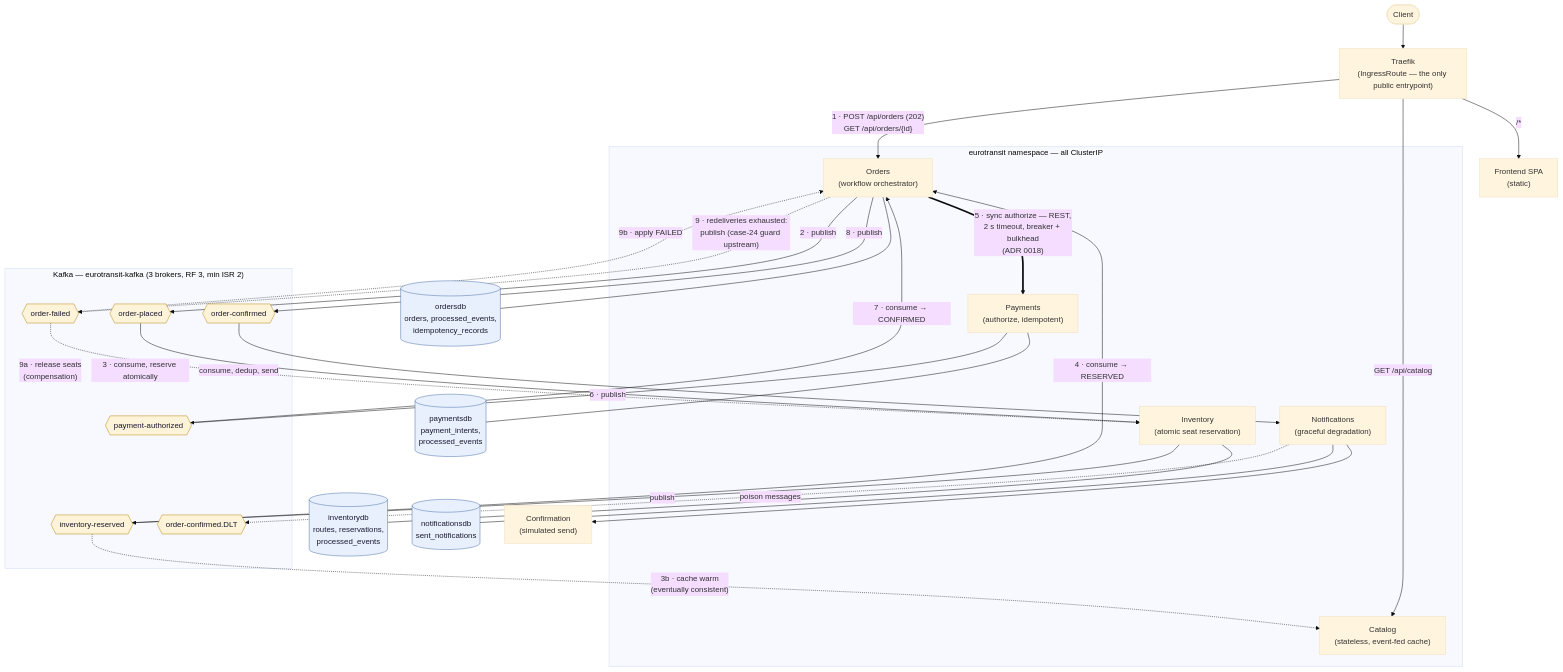
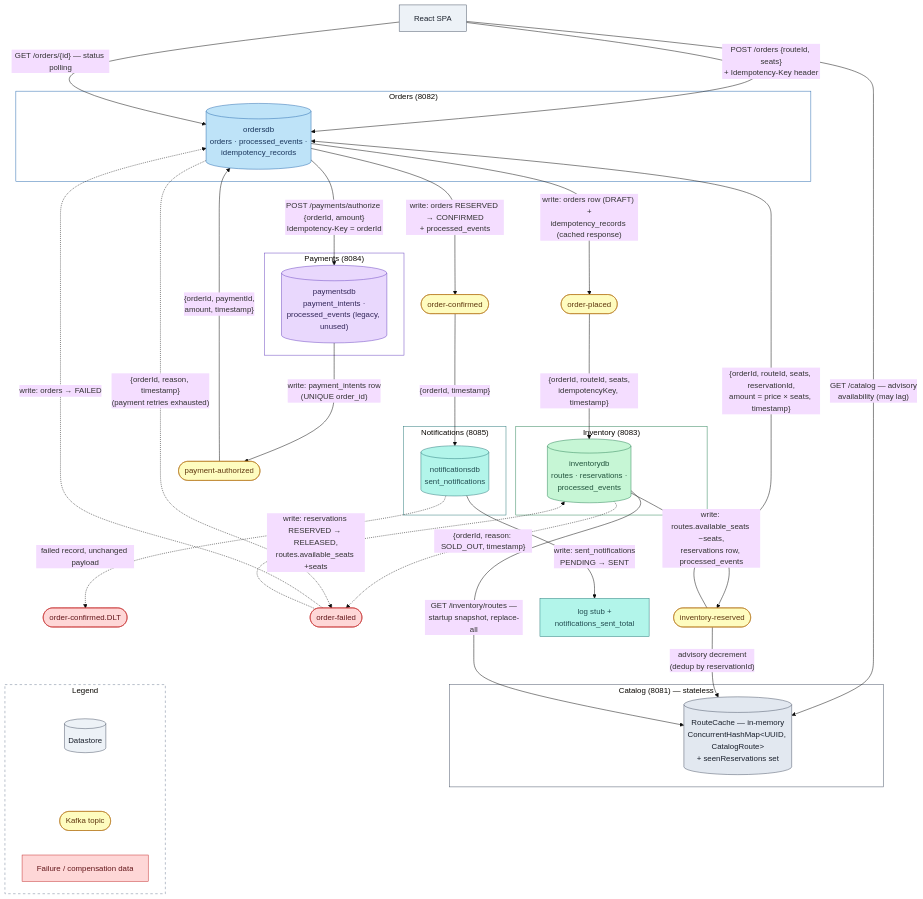
Before and after one commit to cpo-g01-capstone/eurotransit-config: the first of 5 diagrams in docs/design/data-flow.md, drawn with Mermaid (base theme). The commit also changed other lines of this file and 2 other files, not shown here.

First line of the commit message:
Fix/payments p95 alert window (#115)

````diff
--- a/docs/design/data-flow.md
+++ b/docs/design/data-flow.md
@@ -11,62 +44,87 @@
 ```mermaid
-flowchart TB
-    client([Client])
-    traefik["Traefik<br/>(IngressRoute — the only public entrypoint)"]
-    spa["Frontend SPA<br/>(static)"]
+flowchart TD
+    SPA["React SPA"]
 
-    subgraph services["eurotransit namespace — all ClusterIP"]
-        catalog["Catalog<br/>(stateless, event-fed cache)"]
-        orders["Orders<br/>(workflow orchestrator)"]
-        payments["Payments<br/>(authorize, idempotent)"]
-        inventory["Inventory<br/>(atomic seat reservation)"]
-        notifications["Notifications<br/>(graceful degradation)"]
+    subgraph catalog["Catalog (8081) — stateless"]
+        CACHE[("RouteCache — in-memory<br/>ConcurrentHashMap&lt;UUID, CatalogRoute&gt;<br/>+ seenReservations set")]
     end
 
-    subgraph kafka["Kafka — eurotransit-kafka (3 brokers, RF 3, min ISR 2)"]
-        t_placed{{"order-placed"}}
-        t_reserved{{"inventory-reserved"}}
-        t_authorized{{"payment-authorized"}}
-        t_confirmed{{"order-confirmed"}}
-        t_failed{{"order-failed"}}
-        t_dlt{{"order-confirmed.DLT"}}
+    subgraph orders["Orders (8082)"]
+        ODB[("ordersdb<br/>orders · processed_events ·<br/>idempotency_records")]
     end
 
-    ordersdb[("ordersdb<br/>orders, processed_events,<br/>idempotency_records")]
-    inventorydb[("inventorydb<br/>routes, reservations,<br/>processed_events")]
-    paymentsdb[("paymentsdb<br/>payment_intents,<br/>processed_events")]
-    notificationsdb[("notificationsdb<br/>sent_notifications")]
-    email["Confirmation<br/>(simulated send)"]
+    subgraph inventory["Inventory (8083)"]
+        IDB[("inventorydb<br/>routes · reservations ·<br/>processed_events")]
+    end
 
-    client --> traefik
-    traefik -->|"/*"| spa
-    traefik -->|"GET /api/catalog"| catalog
-    traefik -->|"1 · POST /api/orders (202)<br/>GET /api/orders/{id}"| orders
+    subgraph payments["Payments (8084)"]
+        PDB[("paymentsdb<br/>payment_intents ·<br/>processed_events (legacy, unused)")]
+    end
 
-    orders -->|"2 · publish"| t_placed
-    t_placed -->|"3 · consume, reserve atomically"| inventory
-    inventory -->|"publish"| t_reserved
-    t_reserved -->|"4 · consume → RESERVED"| orders
-    t_reserved -.->|"3b · cache warm<br/>(eventually consistent)"| catalog
+    subgraph notifications["Notifications (8085)"]
+        NDB[("notificationsdb<br/>sent_notifications")]
+    end
 
-    orders ==>|"5 · sync authorize — REST,<br/>2 s timeout, breaker + bulkhead<br/>(ADR 0018)"| payments
-    payments -->|"6 · publish"| t_authorized
-    t_authorized -->|"7 · consume → CONFIRMED"| orders
-    orders -->|"8 · publish"| t_confirmed
-    t_confirmed -->|"consume, dedup, send"| notifications
-    notifications --> email
-    notifications -.->|"poison messages"| t_dlt
+    T1(["order-placed"])
+    T2(["inventory-reserved"])
+    T3(["payment-authorized"])
+    T4(["order-confirmed"])
+    T5(["order-failed"])
+    DLT(["order-confirmed.DLT"])
 
-    orders -.->|"9 · redeliveries exhausted:<br/>publish (case-24 guard upstream)"| t_failed
-    t_failed -.->|"9a · release seats<br/>(compensation)"| inventory
-    t_failed -.->|"9b · apply FAILED"| orders
+    SPA -->|"GET /catalog — advisory<br/>availability (may lag)"| CACHE
+    SPA -->|"POST /orders {routeId, seats}<br/>+ Idempotency-Key header"| ODB
+    SPA -->|"GET /orders/{id} — status polling"| ODB
 
-    orders --- ordersdb
-    inventory --- inventorydb
-    payments --- paymentsdb
-    notifications --- notificationsdb
+    ODB -->|"write: orders row (DRAFT) +<br/>idempotency_records (cached response)"| T1
+    T1 -->|"{orderId, routeId, seats,<br/>idempotencyKey, timestamp}"| IDB
+    IDB -->|"write: routes.available_seats −seats,<br/>reservations row, processed_events"| T2
+    T2 -->|"{orderId, routeId, seats, reservationId,<br/>amount = price × seats, timestamp}"| ODB
+    T2 -->|"advisory decrement<br/>(dedup by reservationId)"| CACHE
+    IDB -->|"GET /inventory/routes —<br/>startup snapshot, replace-all"| CACHE
 
-    classDef db fill:#e8f0fe,stroke:#4a6da7,color:#1a1a2e
-    classDef topic fill:#fdf3d8,stroke:#b8860b,color:#1a1a2e
-    class ordersdb,inventorydb,paymentsdb,notificationsdb db
-    class t_placed,t_reserved,t_authorized,t_confirmed,t_failed,t_dlt topic
+    ODB -->|"POST /payments/authorize {orderId, amount}<br/>Idempotency-Key = orderId"| PDB
+    PDB -->|"write: payment_intents row<br/>(UNIQUE order_id)"| T3
+    T3 -->|"{orderId, paymentId,<br/>amount, timestamp}"| ODB
+    ODB -->|"write: orders RESERVED → CONFIRMED<br/>+ processed_events"| T4
+    T4 -->|"{orderId, timestamp}"| NDB
+    NDB -->|"write: sent_notifications<br/>PENDING → SENT"| MAIL["log stub +<br/>notifications_sent_total"]
+
+    IDB -.->|"{orderId, reason: SOLD_OUT, timestamp}"| T5
+    ODB -.->|"{orderId, reason, timestamp}<br/>(payment retries exhausted)"| T5
+    T5 -.->|"write: orders → FAILED"| ODB
+    T5 -.->|"write: reservations RESERVED → RELEASED,<br/>routes.available_seats +seats"| IDB
+    NDB -.->|"failed record, unchanged payload"| DLT
+
+    subgraph legend["Legend"]
+        L1[("Datastore")]
+        L2(["Kafka topic"])
+        L3["Failure / compensation data"]
+        L1 ~~~ L2 ~~~ L3
+    end
+    DLT ~~~ L1
+
+    classDef client fill:#edf2f7,stroke:#4a5568,color:#1a202c
+    classDef ordersN fill:#bee3f8,stroke:#2b6cb0,color:#1a365d
+    classDef invN fill:#c6f6d5,stroke:#2f855a,color:#22543d
+    classDef payN fill:#e9d8fd,stroke:#6b46c1,color:#322659
+    classDef notifN fill:#b2f5ea,stroke:#2c7a7b,color:#234e52
+    classDef catN fill:#e2e8f0,stroke:#4a5568,color:#1a202c
+    classDef topic fill:#fefcbf,stroke:#b7791f,color:#5f370e
+    classDef failN fill:#fed7d7,stroke:#c53030,color:#63171b
+
+    class SPA,L1 client
+    class ODB ordersN
+    class IDB invN
+    class PDB payN
+    class NDB,MAIL notifN
+    class CACHE catN
+    class T1,T2,T3,T4,L2 topic
+    class T5,DLT,L3 failN
+    style legend fill:transparent,stroke:#718096,stroke-dasharray: 5 5
+    style orders fill:transparent,stroke:#2b6cb0
+    style inventory fill:transparent,stroke:#2f855a
+    style payments fill:transparent,stroke:#6b46c1
+    style notifications fill:transparent,stroke:#2c7a7b
+    style catalog fill:transparent,stroke:#4a5568
 ```
````
